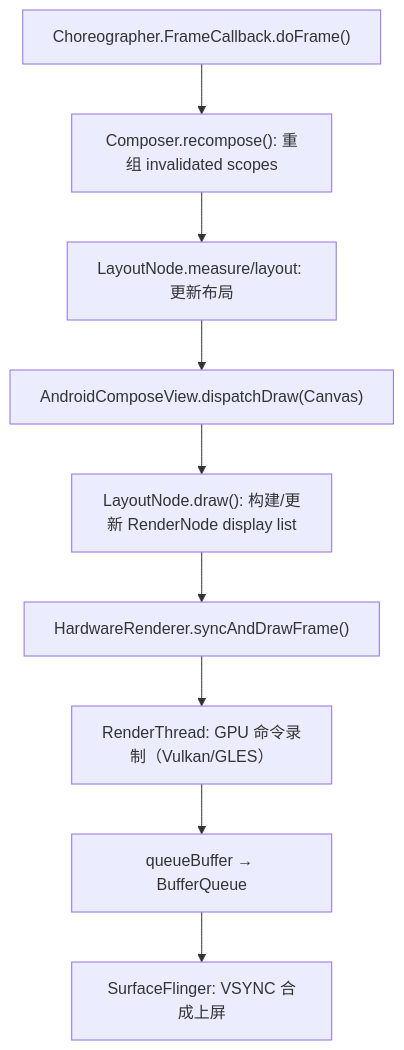
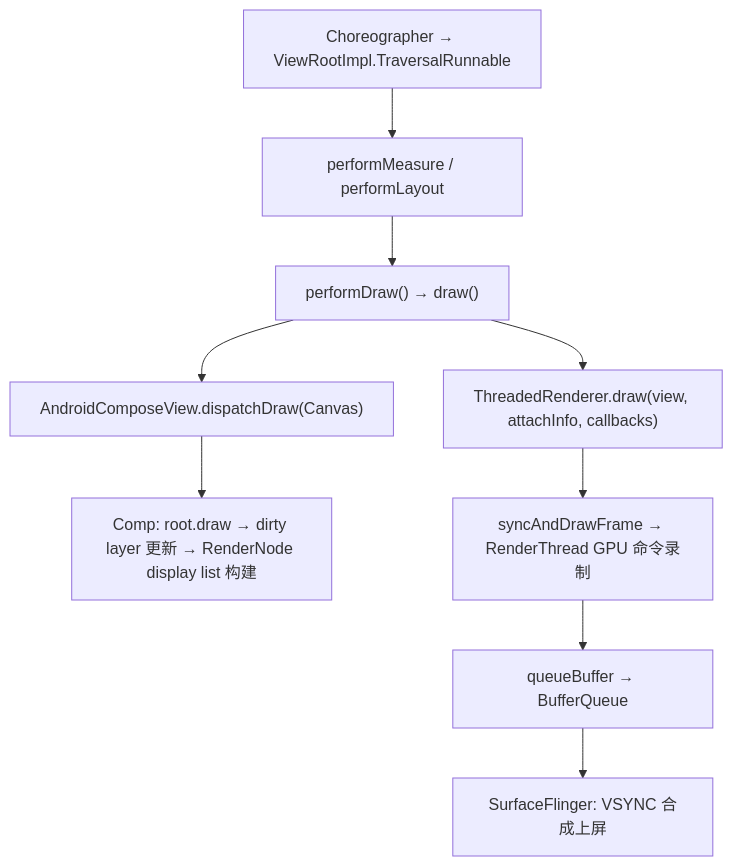
The third of 4 diagrams in src/part2-performance/ch18-rendering-pipelines/25-compose-rendering-pipeline.md (Gracker/android-internals-wiki), drawn with Mermaid before and after one commit. The commit also changed other lines of this file and 2 other files, not shown here.

Commit message:
[openclaw] rework: 18.25 Jetpack Compose 渲染管线架构 — Task9 deep review P0 修复 (Choreographer API / 帧提交路径 / LayerManager / FramePacing)

````diff
--- a/src/part2-performance/ch18-rendering-pipelines/25-compose-rendering-pipeline.md
+++ b/src/part2-performance/ch18-rendering-pipelines/25-compose-rendering-pipeline.md
@@ -416,11 +412,11 @@
 ```mermaid
 flowchart TD
-    A["Choreographer.FrameCallback.doFrame()"] --> B["Composer.recompose(): 重组 invalidated scopes"]
-    B --> C["LayoutNode.measure/layout: 更新布局"]
+    A["Choreographer → ViewRootImpl.TraversalRunnable"] --> B["performMeasure / performLayout"]
+    B --> C["performDraw() → draw()"]
     C --> D["AndroidComposeView.dispatchDraw(Canvas)"]
-    D --> E["LayoutNode.draw(): 构建/更新 RenderNode display list"]
-    E --> F["HardwareRenderer.syncAndDrawFrame()"]
-    F --> G["RenderThread: GPU 命令录制（Vulkan/GLES）"]
+    D --> E["Comp: root.draw → dirty layer 更新 → RenderNode display list 构建"]
+    C --> F["ThreadedRenderer.draw(view, attachInfo, callbacks)"]
+    F --> G["syncAndDrawFrame → RenderThread GPU 命令录制"]
     G --> H["queueBuffer → BufferQueue"]
     H --> I["SurfaceFlinger: VSYNC 合成上屏"]
 ```
````
